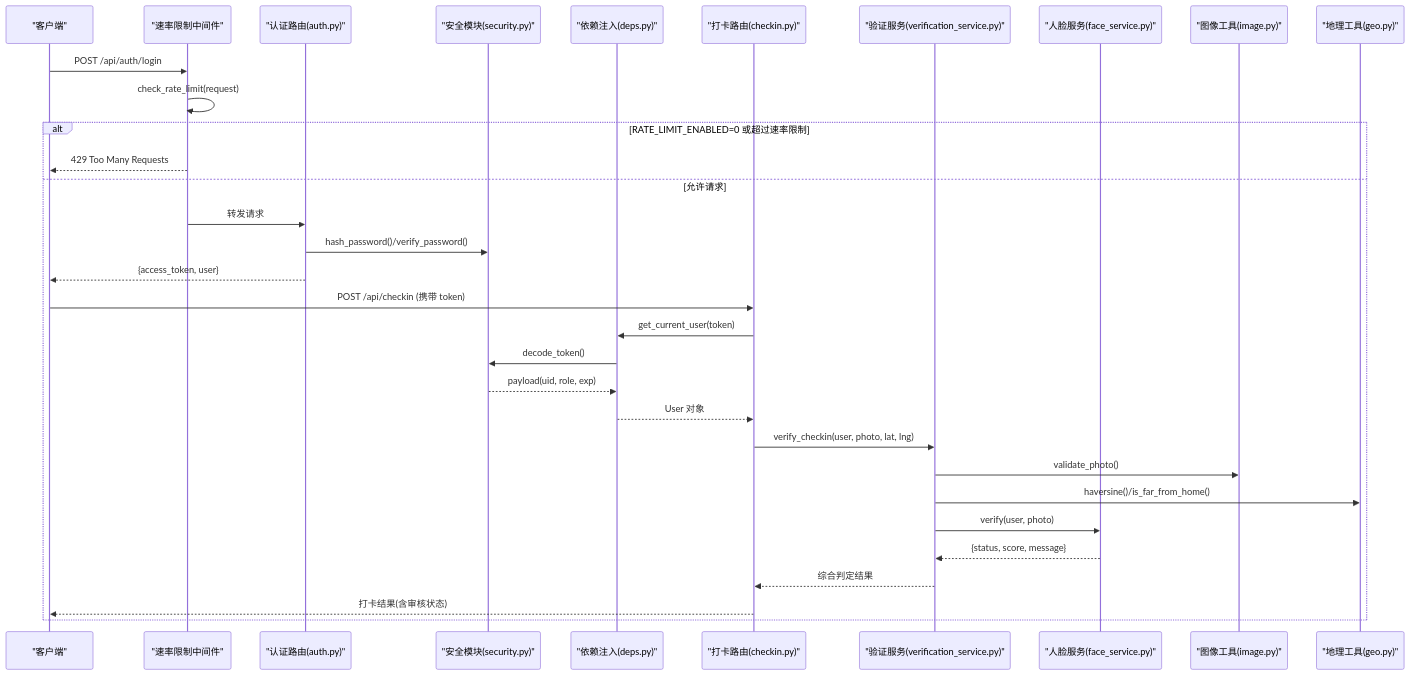
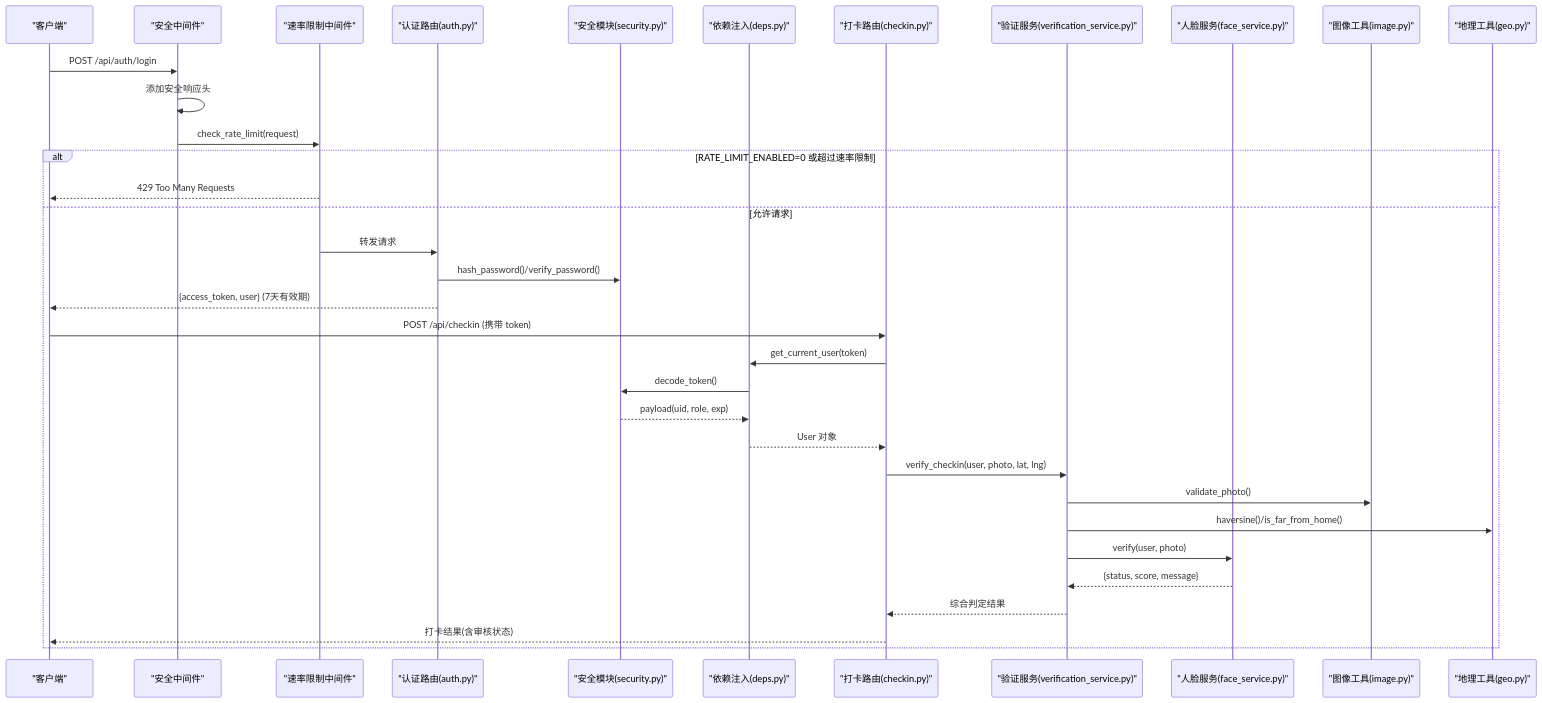
The second of 10 diagrams in .qoder/repowiki/zh/content/安全与认证机制/安全与认证机制.md (onebody/homework), drawn with Mermaid before and after one commit. The commit also changed other lines of this file and 14 other files, not shown here.

````diff
--- a/.qoder/repowiki/zh/content/安全与认证机制/安全与认证机制.md
+++ b/.qoder/repowiki/zh/content/安全与认证机制/安全与认证机制.md
@@ -177,34 +184,36 @@
 ```mermaid
 sequenceDiagram
 participant Client as "客户端"
-participant Middleware as "速率限制中间件"
+participant Middleware as "安全中间件"
+participant RateLimit as "速率限制中间件"
 participant AuthRouter as "认证路由(auth.py)"
 participant Security as "安全模块(security.py)"
 participant Deps as "依赖注入(deps.py)"
 participant CheckinRouter as "打卡路由(checkin.py)"
 participant VerifySvc as "验证服务(verification_service.py)"
 participant FaceSvc as "人脸服务(face_service.py)"
 participant ImageUtil as "图像工具(image.py)"
 participant GeoUtil as "地理工具(geo.py)"
 Client->>Middleware : POST /api/auth/login
-Middleware->>Middleware : check_rate_limit(request)
+Middleware->>Middleware : 添加安全响应头
+Middleware->>RateLimit : check_rate_limit(request)
 alt RATE_LIMIT_ENABLED=0 或超过速率限制
-Middleware-->>Client : 429 Too Many Requests
+RateLimit-->>Client : 429 Too Many Requests
 else 允许请求
-Middleware->>AuthRouter : 转发请求
+RateLimit->>AuthRouter : 转发请求
 AuthRouter->>Security : hash_password()/verify_password()
-AuthRouter-->>Client : {access_token, user}
+AuthRouter-->>Client : {access_token, user} (7天有效期)
 Client->>CheckinRouter : POST /api/checkin (携带 token)
 CheckinRouter->>Deps : get_current_user(token)
 Deps->>Security : decode_token()
 Security-->>Deps : payload(uid, role, exp)
 Deps-->>CheckinRouter : User 对象
 CheckinRouter->>VerifySvc : verify_checkin(user, photo, lat, lng)
 VerifySvc->>ImageUtil : validate_photo()
 VerifySvc->>GeoUtil : haversine()/is_far_from_home()
 VerifySvc->>FaceSvc : verify(user, photo)
 FaceSvc-->>VerifySvc : {status, score, message}
 VerifySvc-->>CheckinRouter : 综合判定结果
 CheckinRouter-->>Client : 打卡结果(含审核状态)
 end
 ```
````
